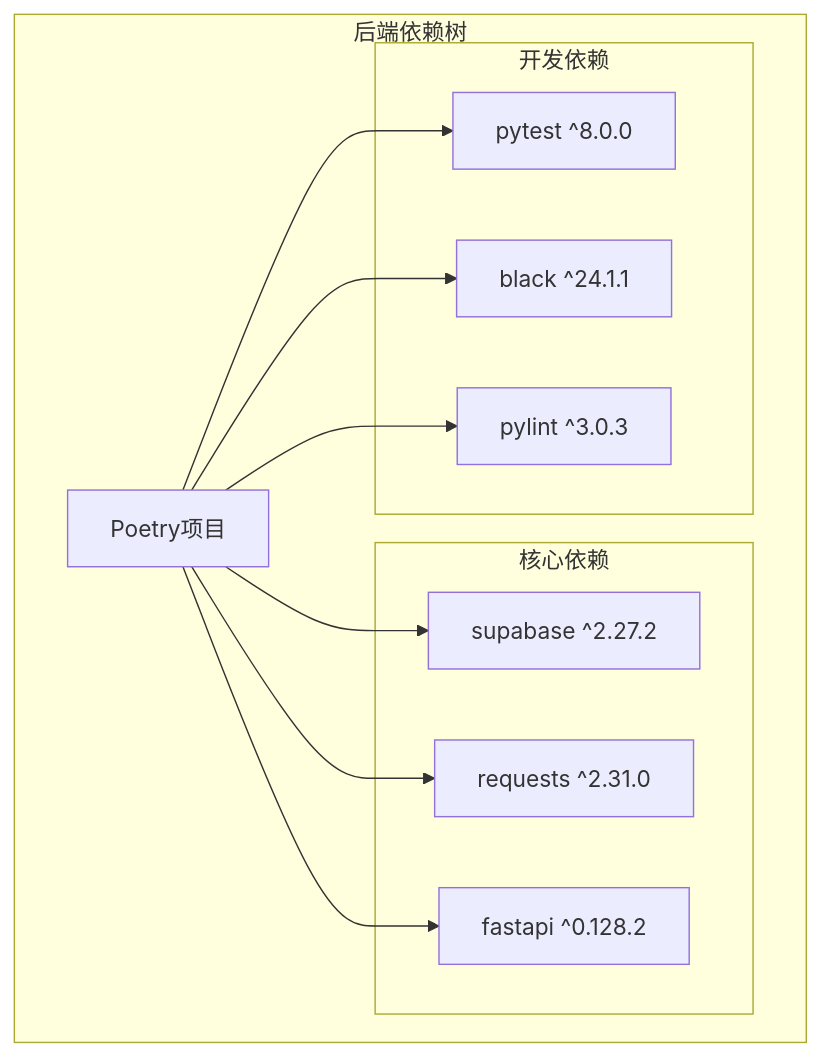
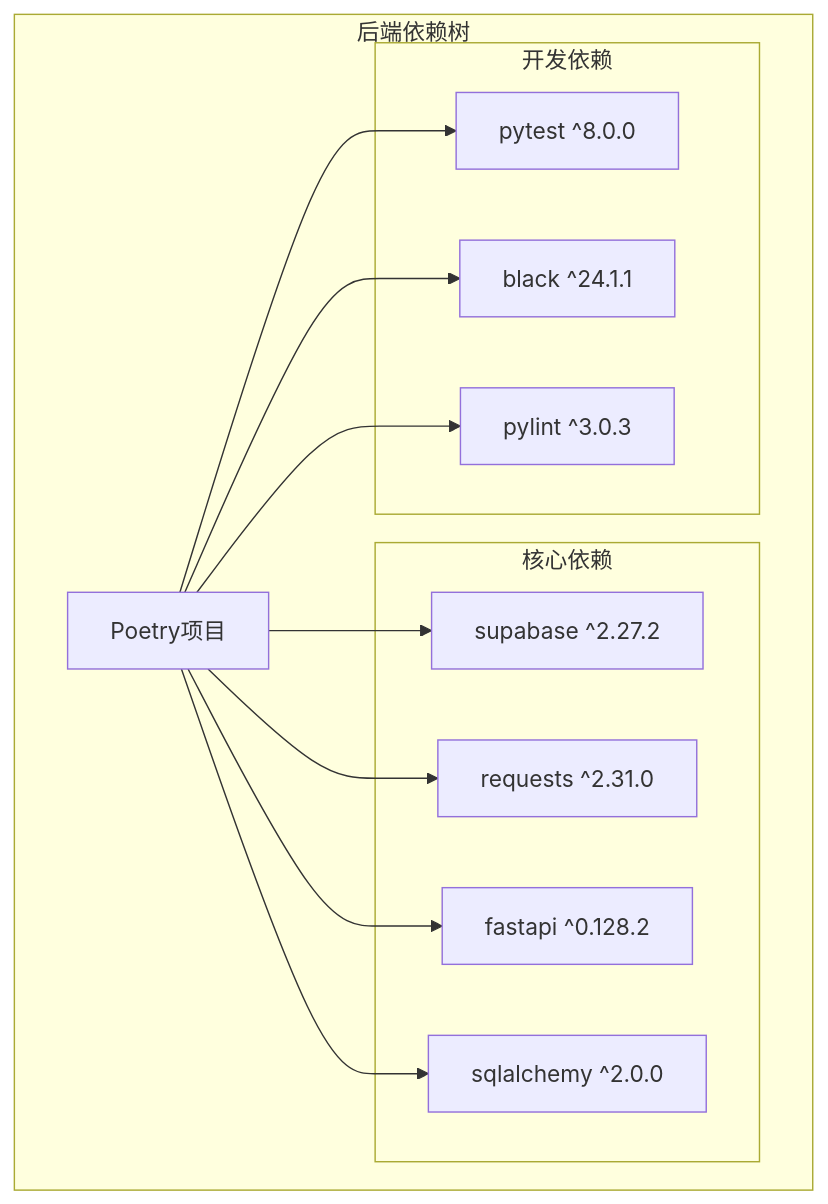
One commit to SY6621/POD-Order-Management changed diagram 17 of 19 in .qoder/repowiki/zh/content/开发指南/Supabase集成指南.md. Above: the diagram before and after it, drawn with Mermaid. The commit also changed other lines of this file and 6 other files, not shown here.

````diff
--- a/.qoder/repowiki/zh/content/开发指南/Supabase集成指南.md
+++ b/.qoder/repowiki/zh/content/开发指南/Supabase集成指南.md
@@ -560,22 +756,24 @@
 ```mermaid
 graph TB
 subgraph "后端依赖树"
 Poetry[Poetry项目]
 subgraph "核心依赖"
 Supabase[supabase ^2.27.2]
 Requests[requests ^2.31.0]
 FastAPI[fastapi ^0.128.2]
+SQLAlchemy[sqlalchemy ^2.0.0]
 end
 subgraph "开发依赖"
 PyTest[pytest ^8.0.0]
 Black[black ^24.1.1]
 Pylint[pylint ^3.0.3]
 end
 end
 Poetry --> Supabase
 Poetry --> Requests
 Poetry --> FastAPI
+Poetry --> SQLAlchemy
 Poetry --> PyTest
 Poetry --> Black
 Poetry --> Pylint
 ```
````
